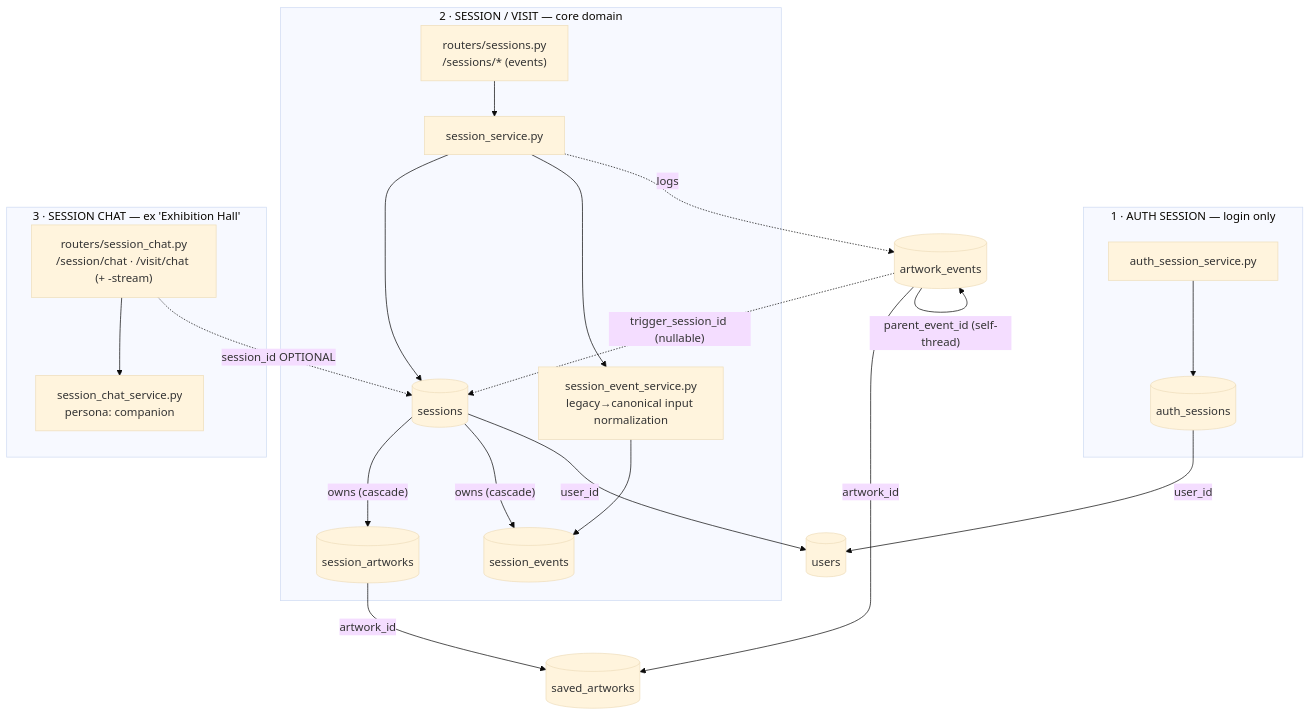
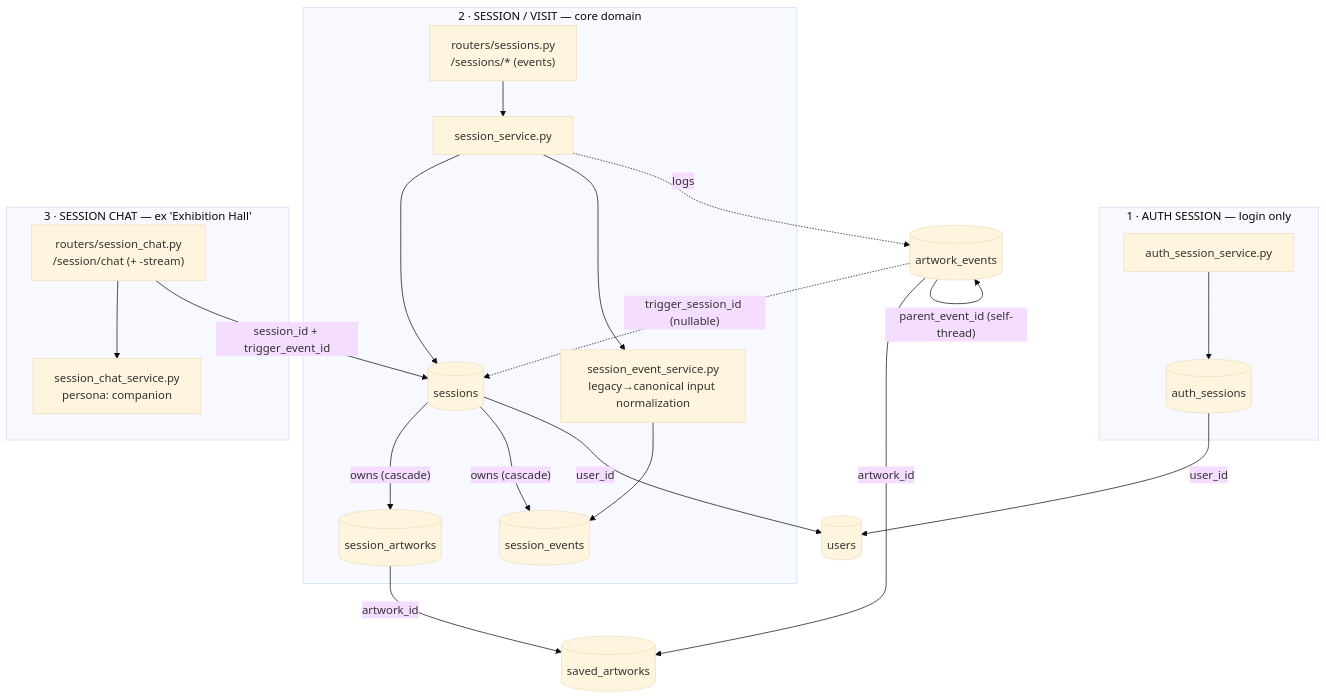
One commit to qinzzz/Musee changed the diagram in CLAUDE.md. Above: the diagram before and after it, drawn with Mermaid (base theme). The commit also changed other lines of this file and 47 other files, not shown here.

````diff
--- a/CLAUDE.md
+++ b/CLAUDE.md
@@ -62,34 +62,34 @@
 ```mermaid
 flowchart TD
     users[("users")]
 
     subgraph AUTH["1 · AUTH SESSION — login only"]
         Sauth["auth_session_service.py"] --> Tauth[("auth_sessions")]
     end
 
     subgraph VISIT["2 · SESSION / VISIT — core domain"]
         Rsess["routers/sessions.py<br/>/sessions/* (events)"]
         Ssess["session_service.py"]
         Sevent["session_event_service.py<br/>legacy→canonical input normalization"]
         Tsess[("sessions")]
         Rsess --> Ssess --> Tsess
         Ssess --> Sevent --> Tsev[("session_events")]
         Tsess -->|"owns (cascade)"| Tsart[("session_artworks")]
         Tsess -->|"owns (cascade)"| Tsev
     end
 
     subgraph CHAT["3 · SESSION CHAT — ex 'Exhibition Hall'"]
-        Rchat["routers/session_chat.py<br/>/session/chat · /visit/chat (+ -stream)"] --> Schat["session_chat_service.py<br/>persona: companion"]
+        Rchat["routers/session_chat.py<br/>/session/chat (+ -stream)"] --> Schat["session_chat_service.py<br/>persona: companion"]
     end
 
     saved[("saved_artworks")]
     aev[("artwork_events")]
     Tsart -->|artwork_id| saved
     Ssess -.->|logs| aev
     aev -->|artwork_id| saved
     aev -.->|"trigger_session_id (nullable)"| Tsess
     aev -->|"parent_event_id (self-thread)"| aev
-    Rchat -.->|"session_id OPTIONAL"| Tsess
+    Rchat -->|"session_id + trigger_event_id"| Tsess
     Tsess -->|user_id| users
     Tauth -->|user_id| users
 ```
````
